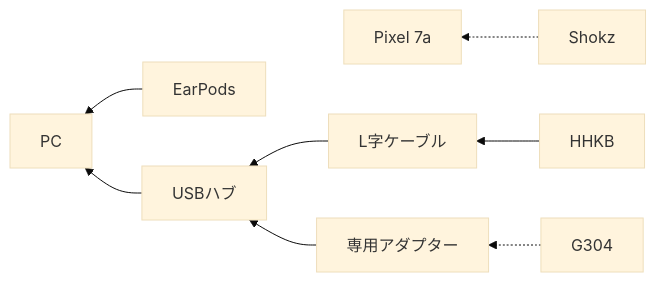
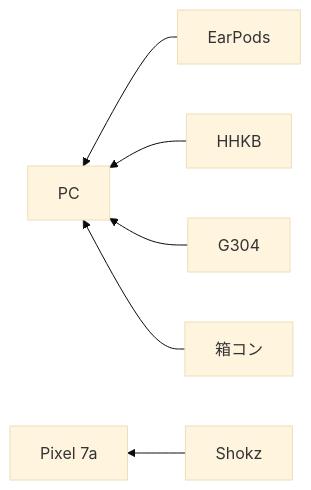
The diagram in device/peripheralDevice/README.md (sh1Nome/personal-knowledge-hub), drawn with Mermaid (base theme) before and after one commit. The commit also changed other lines of this file, not shown here.

Commit message:
README.mdを更新し、Ankerハブを削除してXboxコントローラーを追加。接続図を修正し、設定の説明を調整。

````diff
--- a/device/peripheralDevice/README.md
+++ b/device/peripheralDevice/README.md
@@ -14,22 +15,17 @@
 ```mermaid
 graph RL
     pc[PC]
     pixel[Pixel 7a]
     hhkb[HHKB]
-    lcable[L字ケーブル]
     shokz[Shokz]
     earpods[EarPods]
     g304[G304]
-    g304adapter[専用アダプター]
-    usbhub[USBハブ]
+    xbox[箱コン]
 
     earpods --> pc
+    hhkb --> pc
+    g304 --> pc
+    xbox --> pc
 
-    usbhub --> pc
-
-    hhkb --> lcable --> usbhub
-
-    g304 -.-> g304adapter --> usbhub
-
-    shokz -.-> pixel
+    shokz --> pixel
 ```
````
